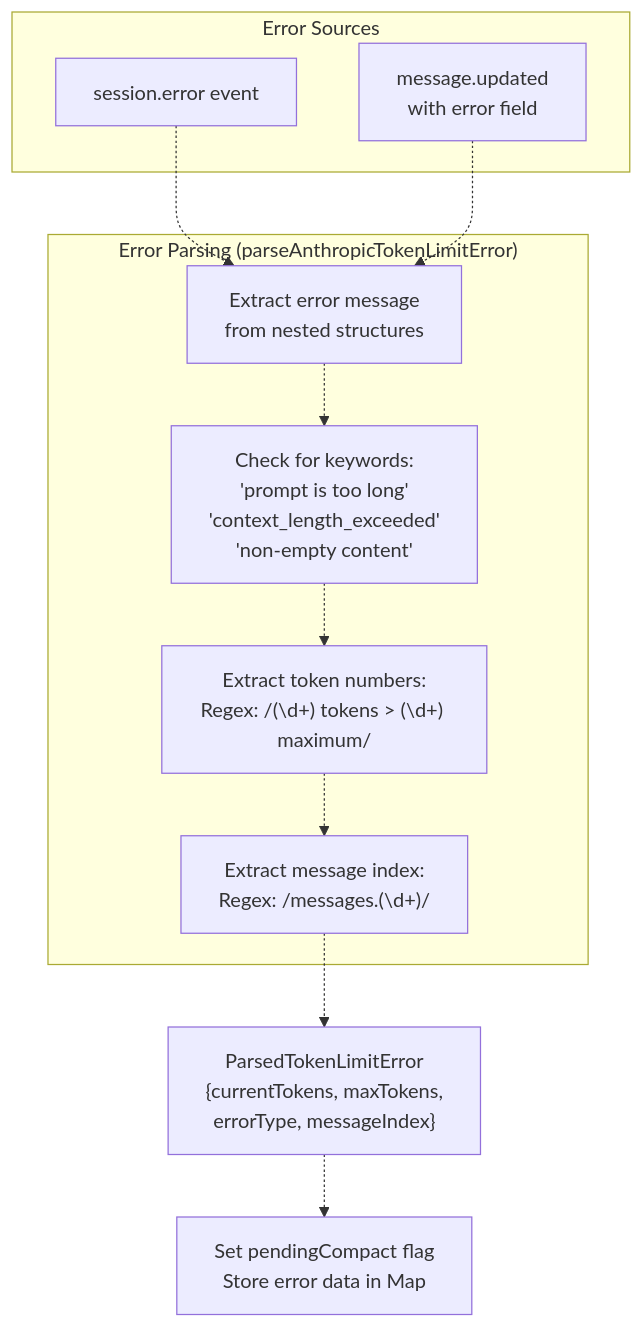
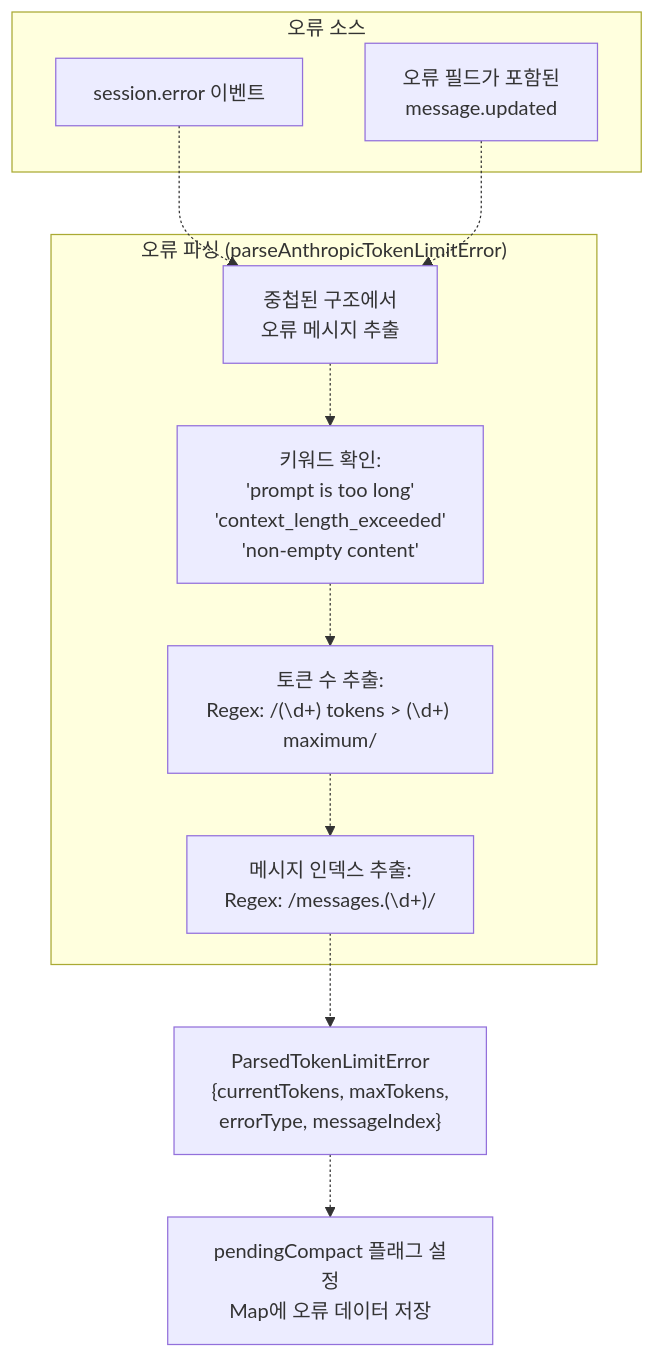
Before and after one commit to felipetruman/oh-my-opencode-docs: the fourth of 10 diagrams in docs/hooks/context-management-hooks.md, drawn with Mermaid. The commit also changed other lines of this file and 76 other files, not shown here.

````diff
--- a/docs/hooks/context-management-hooks.md
+++ b/docs/hooks/context-management-hooks.md
@@ -300,32 +301,32 @@
 ```mermaid
 flowchart TD
 
-SessionError["session.error event"]
-MessageError["message.updated<br>with error field"]
-ExtractMessage["Extract error message<br>from nested structures"]
-CheckKeywords["Check for keywords:<br>'prompt is too long'<br>'context_length_exceeded'<br>'non-empty content'"]
-ExtractTokens["Extract token numbers:<br>Regex: /(\d+) tokens > (\d+) maximum/"]
-ExtractIndex["Extract message index:<br>Regex: /messages.(\d+)/"]
+SessionError["session.error 이벤트"]
+MessageError["오류 필드가 포함된<br>message.updated"]
+ExtractMessage["중첩된 구조에서<br>오류 메시지 추출"]
+CheckKeywords["키워드 확인:<br>'prompt is too long'<br>'context_length_exceeded'<br>'non-empty content'"]
+ExtractTokens["토큰 수 추출:<br>Regex: /(\d+) tokens > (\d+) maximum/"]
+ExtractIndex["메시지 인덱스 추출:<br>Regex: /messages.(\d+)/"]
 ParsedError["ParsedTokenLimitError<br>{currentTokens, maxTokens,<br>errorType, messageIndex}"]
-SetPending["Set pendingCompact flag<br>Store error data in Map"]
+SetPending["pendingCompact 플래그 설정<br>Map에 오류 데이터 저장"]
 
 SessionError -.-> ExtractMessage
 MessageError -.-> ExtractMessage
 ExtractIndex -.-> ParsedError
 ParsedError -.-> SetPending
 
-subgraph subGraph1 ["Error Parsing (parseAnthropicTokenLimitError)"]
+subgraph subGraph1 ["오류 파싱 (parseAnthropicTokenLimitError)"]
     ExtractMessage
     CheckKeywords
     ExtractTokens
     ExtractIndex
     ExtractMessage -.-> CheckKeywords
     CheckKeywords -.-> ExtractTokens
     ExtractTokens -.-> ExtractIndex
 end
 
-subgraph subGraph0 ["Error Sources"]
+subgraph subGraph0 ["오류 소스"]
     SessionError
     MessageError
 end
 ```
````
